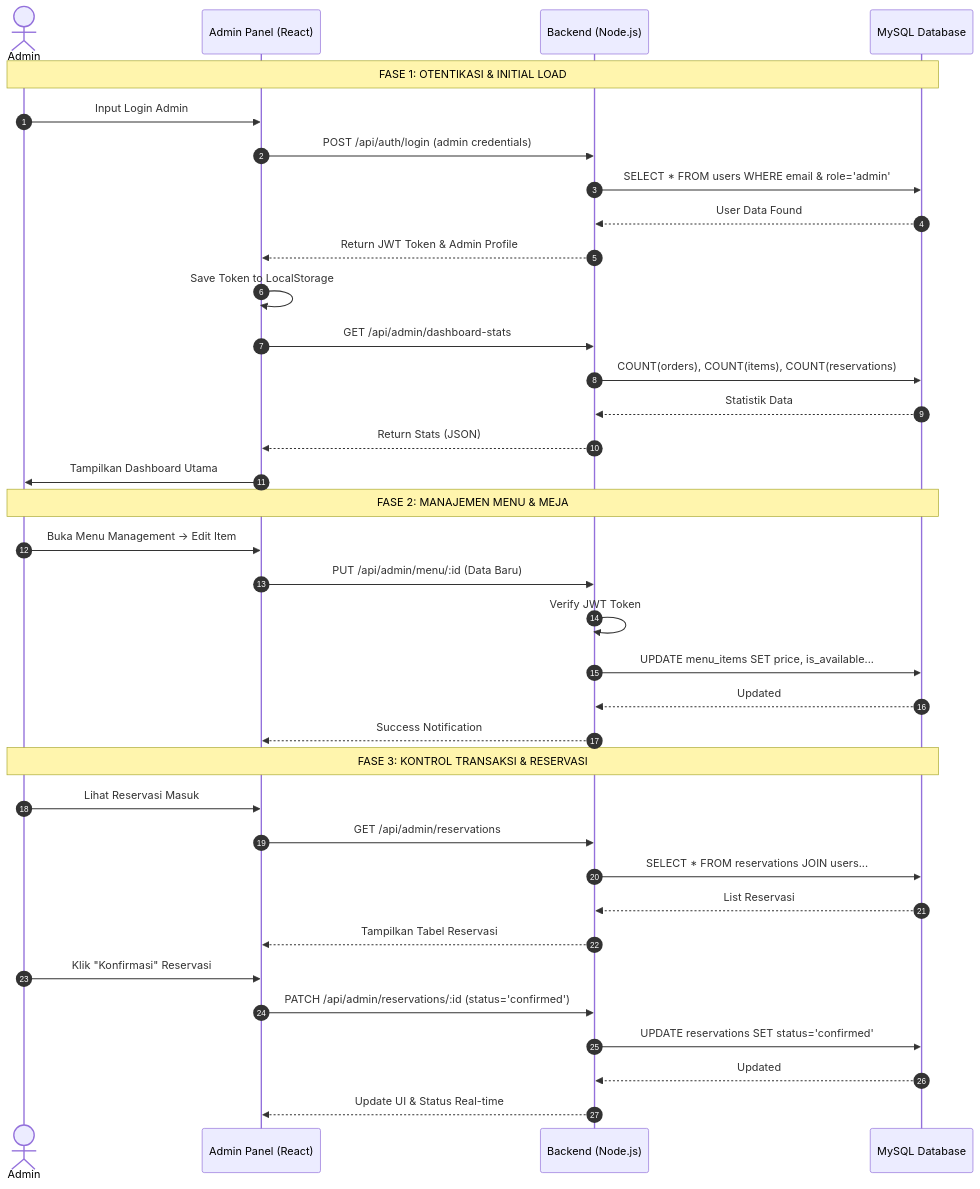
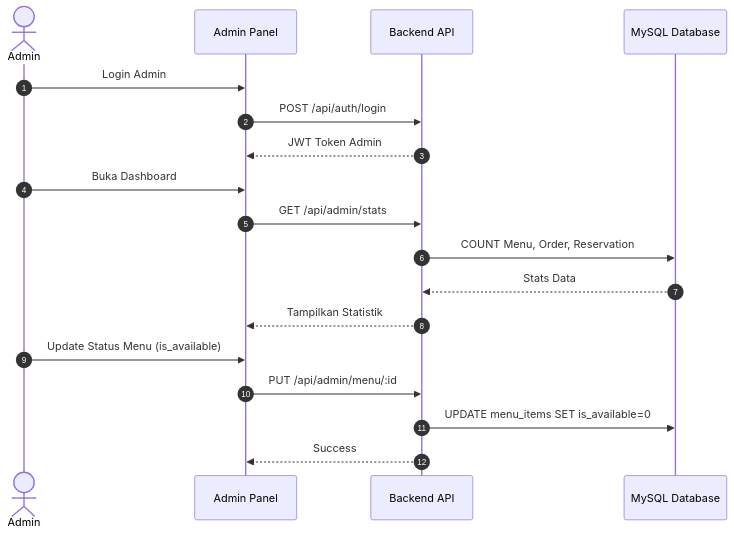
Before and after one commit to AkbarHusaini/website-reservasi-online-Ineri-suki: the sixth of 6 diagrams in DIAGRAM.md, drawn with Mermaid. The commit also changed other lines of this file, not shown here.

Commit message:
docs: restructure sequence diagrams into per-feature sections

````diff
--- a/DIAGRAM.md
+++ b/DIAGRAM.md
@@ -143,43 +156,23 @@
 ```mermaid
 sequenceDiagram
     autonumber
     actor Admin
-    participant FE as Admin Panel (React)
-    participant BE as Backend (Node.js)
+    participant FE as Admin Panel
+    participant BE as Backend API
     participant DB as MySQL Database
 
-    Note over Admin, DB: FASE 1: OTENTIKASI & INITIAL LOAD
-    Admin->>FE: Input Login Admin
-    FE->>BE: POST /api/auth/login (admin credentials)
-    BE->>DB: SELECT * FROM users WHERE email & role='admin'
-    DB-->>BE: User Data Found
-    BE-->>FE: Return JWT Token & Admin Profile
-    FE->>FE: Save Token to LocalStorage
+    Admin->>FE: Login Admin
+    FE->>BE: POST /api/auth/login
+    BE-->>FE: JWT Token Admin
     
-    FE->>BE: GET /api/admin/dashboard-stats
-    BE->>DB: COUNT(orders), COUNT(items), COUNT(reservations)
-    DB-->>BE: Statistik Data
-    BE-->>FE: Return Stats (JSON)
-    FE->>Admin: Tampilkan Dashboard Utama
+    Admin->>FE: Buka Dashboard
+    FE->>BE: GET /api/admin/stats
+    BE->>DB: COUNT Menu, Order, Reservation
+    DB-->>BE: Stats Data
+    BE-->>FE: Tampilkan Statistik
 
-    Note over Admin, DB: FASE 2: MANAJEMEN MENU & MEJA
-    Admin->>FE: Buka Menu Management -> Edit Item
-    FE->>BE: PUT /api/admin/menu/:id (Data Baru)
-    BE->>BE: Verify JWT Token
-    BE->>DB: UPDATE menu_items SET price, is_available...
-    DB-->>BE: Updated
-    BE-->>FE: Success Notification
-
-    Note over Admin, DB: FASE 3: KONTROL TRANSAKSI & RESERVASI
-    Admin->>FE: Lihat Reservasi Masuk
-    FE->>BE: GET /api/admin/reservations
-    BE->>DB: SELECT * FROM reservations JOIN users...
-    DB-->>BE: List Reservasi
-    BE-->>FE: Tampilkan Tabel Reservasi
-    
-    Admin->>FE: Klik "Konfirmasi" Reservasi
-    FE->>BE: PATCH /api/admin/reservations/:id (status='confirmed')
-    BE->>DB: UPDATE reservations SET status='confirmed'
-    DB-->>BE: Updated
-    BE-->>FE: Update UI & Status Real-time
+    Admin->>FE: Update Status Menu (is_available)
+    FE->>BE: PUT /api/admin/menu/:id
+    BE->>DB: UPDATE menu_items SET is_available=0
+    BE-->>FE: Success
 ```
````
